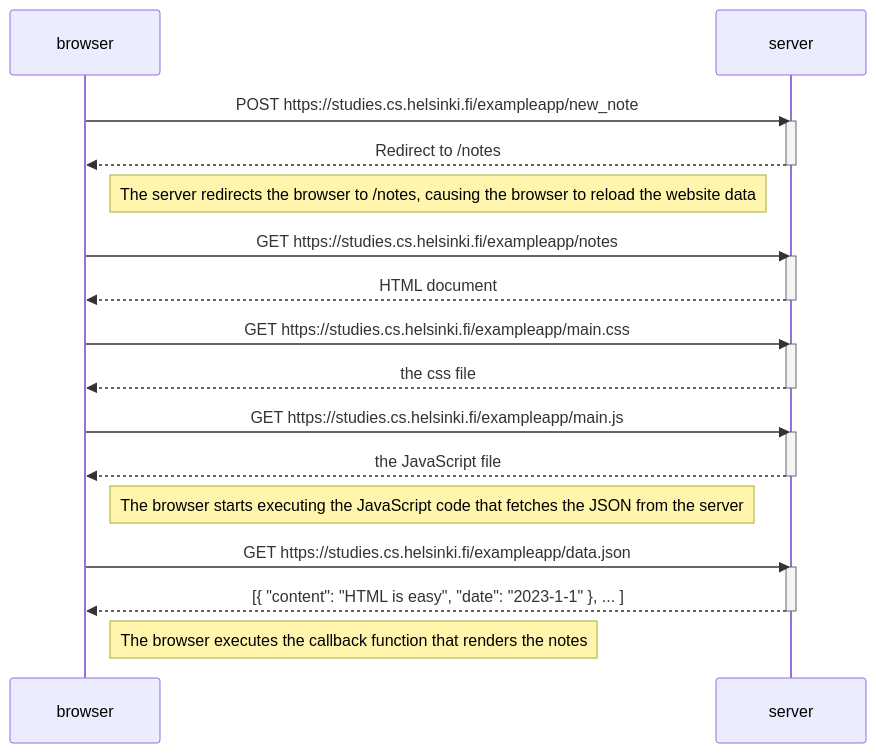
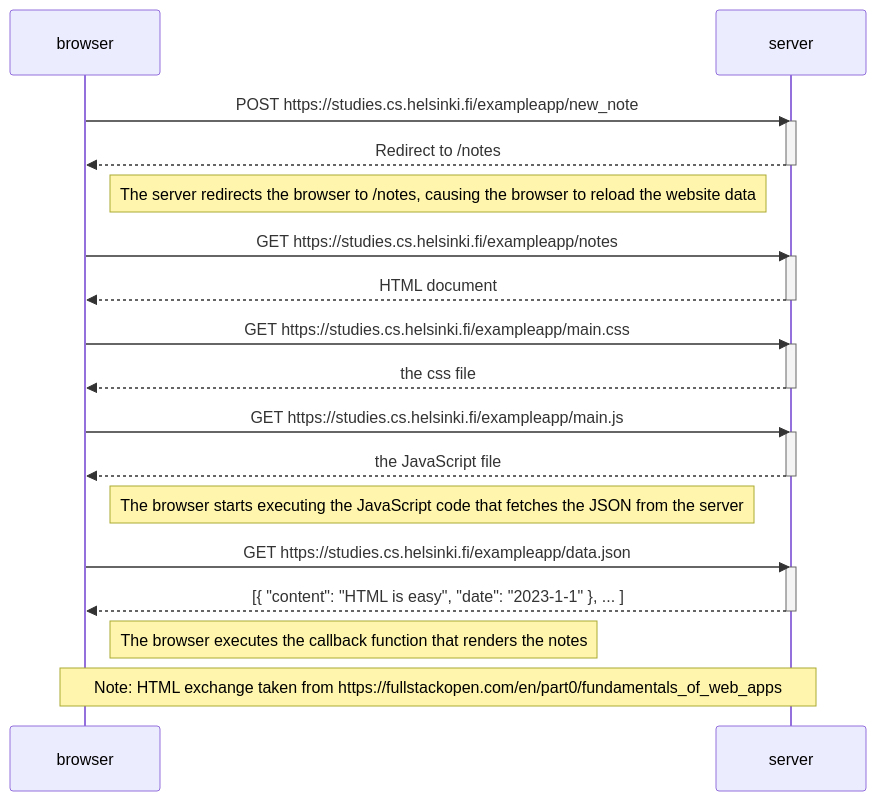
Before and after one commit to jonathan-g-davis/fullstackopen: the diagram in part0/exercise_0_4.md, drawn with Mermaid. The commit also changed 1 other file, not shown here.

Commit message:
Credit fullstackopen for copied diagram code

````diff
--- a/part0/exercise_0_4.md
+++ b/part0/exercise_0_4.md
@@ -1,36 +1,38 @@
 ```mermaid
 sequenceDiagram
     participant browser
     participant server
     
     browser->>server: POST https://studies.cs.helsinki.fi/exampleapp/new_note
     activate server
     server-->>browser: Redirect to /notes
     deactivate server
 
     note right of browser: The server redirects the browser to /notes, causing the browser to reload the website data
 
     browser->>server: GET https://studies.cs.helsinki.fi/exampleapp/notes
     activate server
     server-->>browser: HTML document
     deactivate server
     
     browser->>server: GET https://studies.cs.helsinki.fi/exampleapp/main.css
     activate server
     server-->>browser: the css file
     deactivate server
     
     browser->>server: GET https://studies.cs.helsinki.fi/exampleapp/main.js
     activate server
     server-->>browser: the JavaScript file
     deactivate server
     
     Note right of browser: The browser starts executing the JavaScript code that fetches the JSON from the server
     
     browser->>server: GET https://studies.cs.helsinki.fi/exampleapp/data.json
     activate server
     server-->>browser: [{ "content": "HTML is easy", "date": "2023-1-1" }, ... ]
     deactivate server    
 
     Note right of browser: The browser executes the callback function that renders the notes
+
+    Note over browser, server: Note: HTML exchange taken from https://fullstackopen.com/en/part0/fundamentals_of_web_apps#exercises-0-1-0-6"
 ```
````
